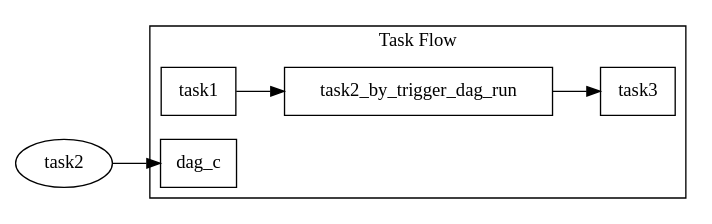
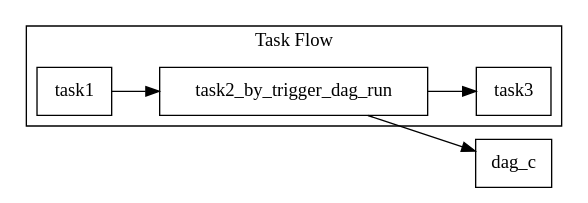
One commit to kmink3225/blog changed the third of 3 diagrams in docs/blog/posts/Engineering/airflow/08.more_operators.qmd. Above: the diagram before and after it, drawn with Graphviz. The commit also changed other lines of this file and 11 other files, not shown here.

````diff
--- a/docs/blog/posts/Engineering/airflow/08.more_operators.qmd
+++ b/docs/blog/posts/Engineering/airflow/08.more_operators.qmd
@@ -209,19 +209,20 @@
   ```{dot}
   digraph G {
     compound=true;
     rankdir=LR;
     subgraph cluster0 {
       rankdir=TB;
       task1 [shape=box];
       task2_by_trigger_dag_run [shape=box];
       task3 [shape=box];
-      dag_c [shape=box];
       label= "Task Flow";
     }
+    dag_c [shape=box];
+
 
     task1 -> task2_by_trigger_dag_run;
     task2_by_trigger_dag_run -> task3;
-    task2 -> dag_c; 
+    task2_by_trigger_dag_run -> dag_c; 
    
   }
   ```
````
